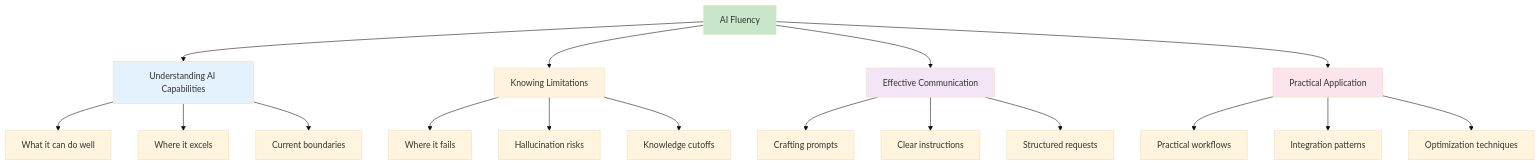
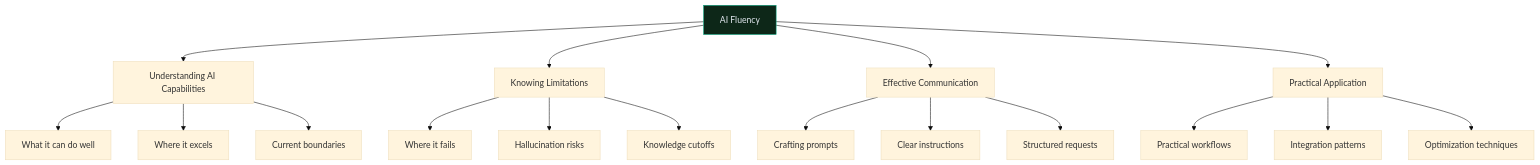
The first of 9 diagrams in docs/03_AI-Fluency-Framework-Foundations.md (CagriCatik/claude-ollama-coder), drawn with Mermaid (base theme) before and after one commit. The commit also changed other lines of this file and 16 other files, not shown here.

````diff
--- a/docs/03_AI-Fluency-Framework-Foundations.md
+++ b/docs/03_AI-Fluency-Framework-Foundations.md
@@ -22,29 +23,25 @@
 ```mermaid
 graph TB
     A["AI Fluency"] --> B["Understanding AI Capabilities"]
     A --> C["Knowing Limitations"]
     A --> D["Effective Communication"]
     A --> E["Practical Application"]
     
     B --> B1["What it can do well"]
     B --> B2["Where it excels"]
     B --> B3["Current boundaries"]
     
     C --> C1["Where it fails"]
     C --> C2["Hallucination risks"]
     C --> C3["Knowledge cutoffs"]
     
     D --> D1["Crafting prompts"]
     D --> D2["Clear instructions"]
     D --> D3["Structured requests"]
     
     E --> E1["Practical workflows"]
     E --> E2["Integration patterns"]
     E --> E3["Optimization techniques"]
     
-    style A fill:#c8e6c9
-    style B fill:#e3f2fd
-    style C fill:#fff3e0
-    style D fill:#f3e5f5
-    style E fill:#fce4ec
+    style A fill:#0d2718,stroke:#00a67e,color:#e2e8f0
 ```
````
